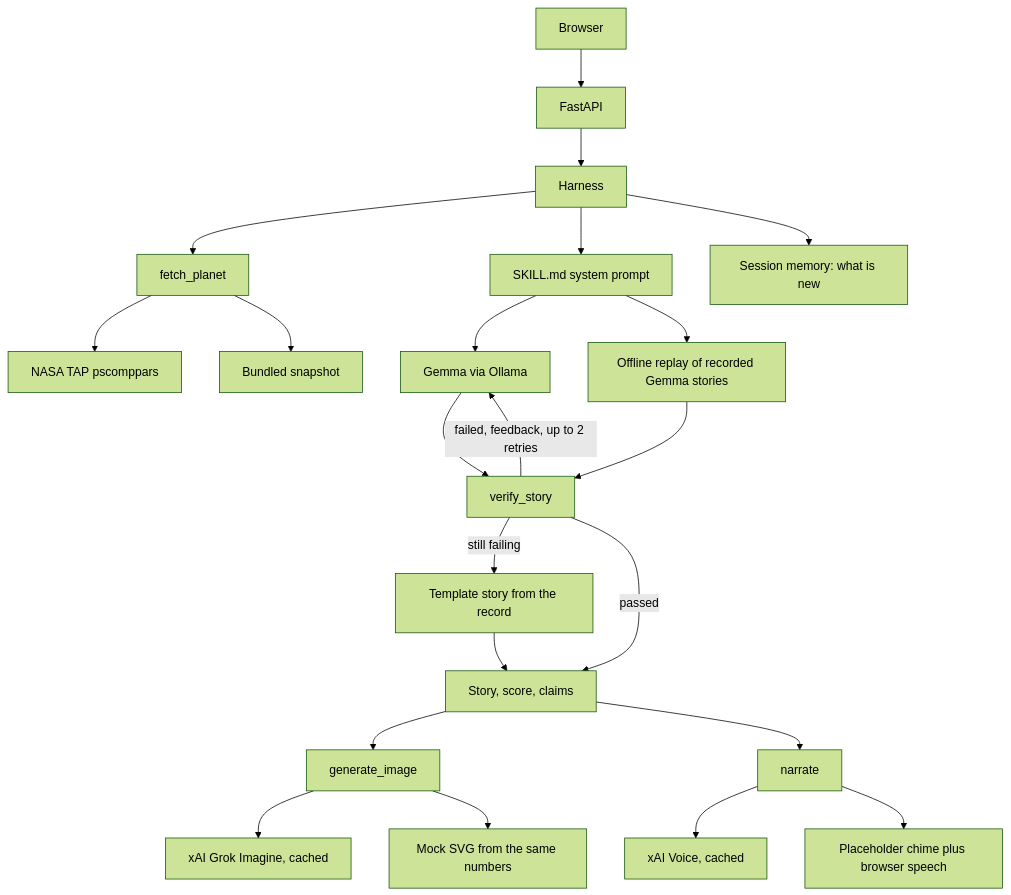
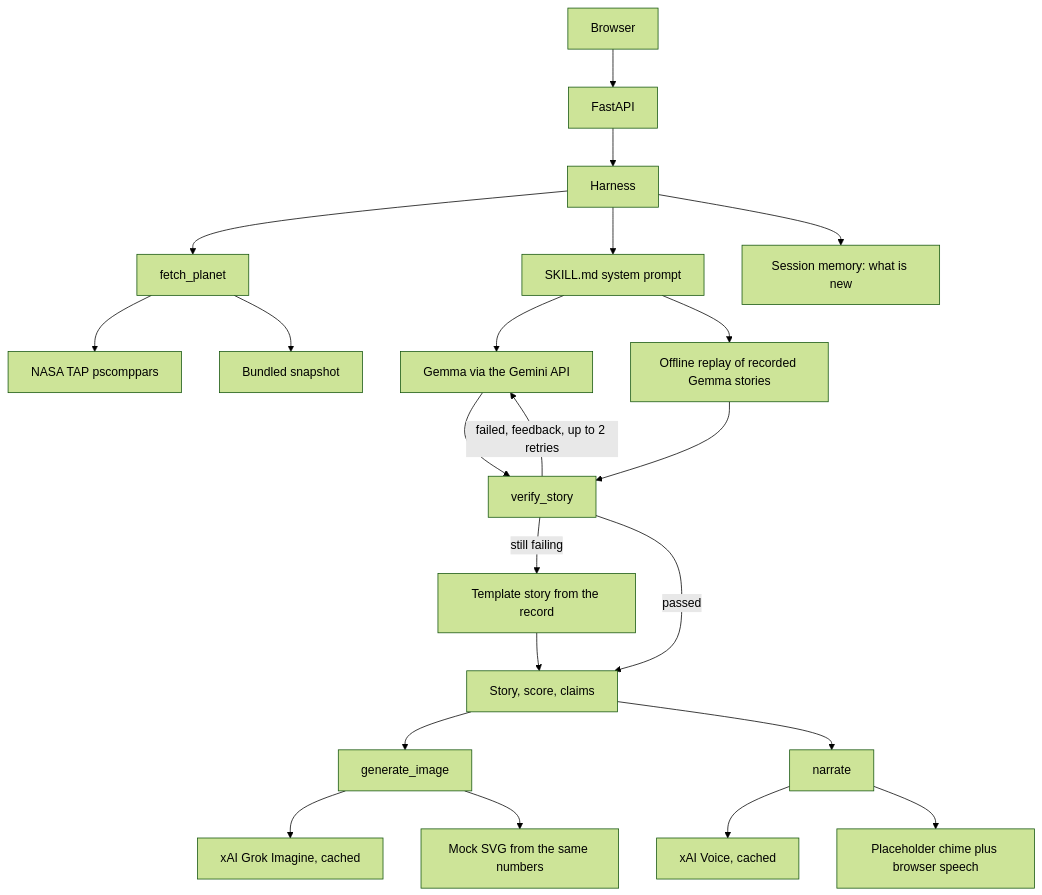
One commit to Rushil711/exoplanet-storyteller changed the diagram in README.md. Above: the diagram before and after it, drawn with Mermaid (forest theme). The commit also changed other lines of this file and 9 other files, not shown here.

First line of the commit message:
Tell new stories with Gemma on the Gemini API.

````diff
--- a/README.md
+++ b/README.md
@@ -26,29 +27,29 @@
 ```mermaid
 flowchart TD
   user[Browser] --> api[FastAPI]
   api --> harness[Harness]
 
   harness --> fetch[fetch_planet]
   fetch --> tap[NASA TAP pscomppars]
   fetch --> snap[Bundled snapshot]
 
   harness --> skill[SKILL.md system prompt]
-  skill --> llm[Gemma via Ollama]
+  skill --> llm[Gemma via the Gemini API]
   skill --> replay[Offline replay of recorded Gemma stories]
 
   llm --> verify[verify_story]
   replay --> verify
   verify -->|failed, feedback, up to 2 retries| llm
   verify -->|still failing| template[Template story from the record]
   verify -->|passed| page[Story, score, claims]
   template --> page
 
   page --> image[generate_image]
   page --> voice[narrate]
   image --> xai[xAI Grok Imagine, cached]
   image --> svg[Mock SVG from the same numbers]
   voice --> tts[xAI Voice, cached]
   voice --> chime[Placeholder chime plus browser speech]
 
   harness --> memory[Session memory: what is new]
 ```
````
